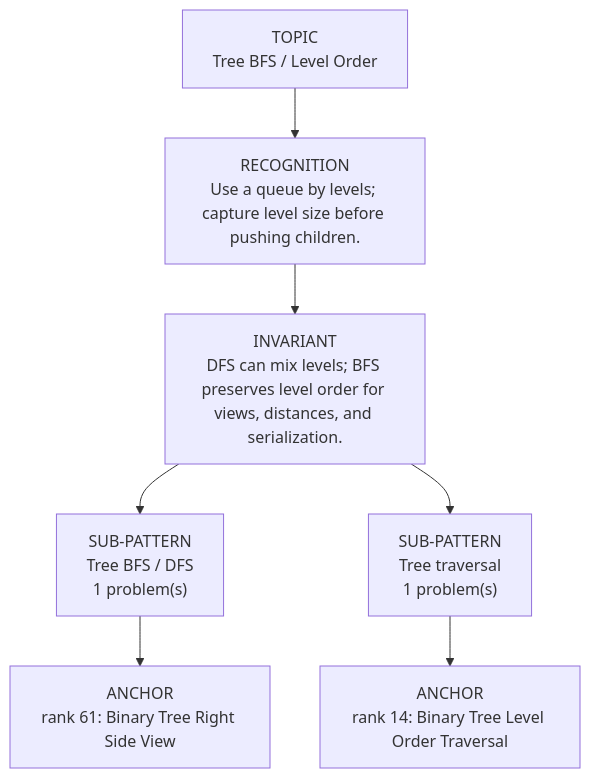
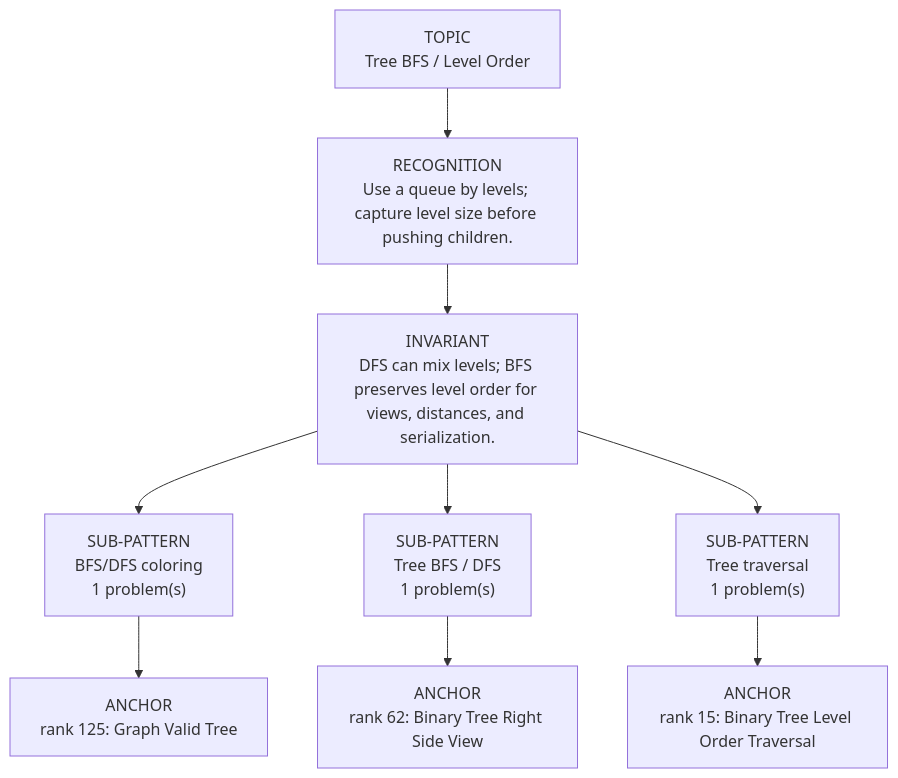
The diagram in dsa-review/interview/patterns/07_tree_bfs.md (thechiranjeevjain/DSA10days), drawn with Mermaid before and after one commit. The commit also changed other lines of this file and 36 other files, not shown here.

````diff
--- a/dsa-review/interview/patterns/07_tree_bfs.md
+++ b/dsa-review/interview/patterns/07_tree_bfs.md
@@ -15,11 +15,13 @@
 ```mermaid
 flowchart TD
   Topic["TOPIC<br/>Tree BFS / Level Order"]
   Recognition["RECOGNITION<br/>Use a queue by levels; capture level size before pushing children."]
   Invariant["INVARIANT<br/>DFS can mix levels; BFS preserves level order for views, distances, and serialization."]
   Topic --> Recognition --> Invariant
-  Invariant --> Sub01["SUB-PATTERN<br/>Tree BFS / DFS<br/>1 problem(s)"]
-  Sub01 --> Sub01A01["ANCHOR<br/>rank 61: Binary Tree Right Side View"]
-  Invariant --> Sub02["SUB-PATTERN<br/>Tree traversal<br/>1 problem(s)"]
-  Sub02 --> Sub02A01["ANCHOR<br/>rank 14: Binary Tree Level Order Traversal"]
+  Invariant --> Sub01["SUB-PATTERN<br/>BFS/DFS coloring<br/>1 problem(s)"]
+  Sub01 --> Sub01A01["ANCHOR<br/>rank 125: Graph Valid Tree"]
+  Invariant --> Sub02["SUB-PATTERN<br/>Tree BFS / DFS<br/>1 problem(s)"]
+  Sub02 --> Sub02A01["ANCHOR<br/>rank 62: Binary Tree Right Side View"]
+  Invariant --> Sub03["SUB-PATTERN<br/>Tree traversal<br/>1 problem(s)"]
+  Sub03 --> Sub03A01["ANCHOR<br/>rank 15: Binary Tree Level Order Traversal"]
 ```
````
